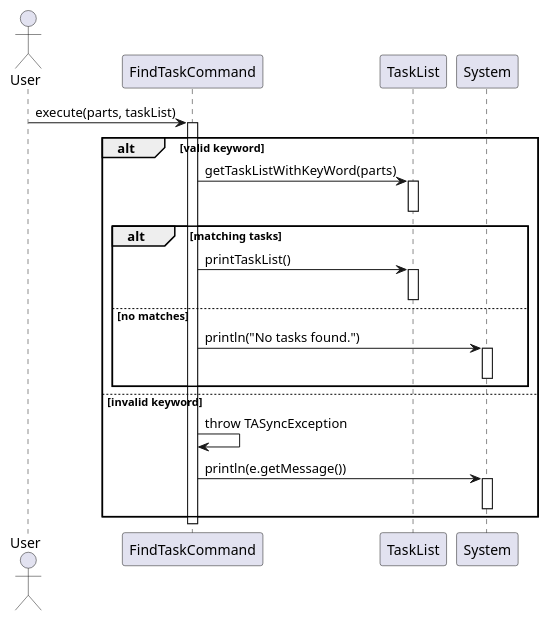
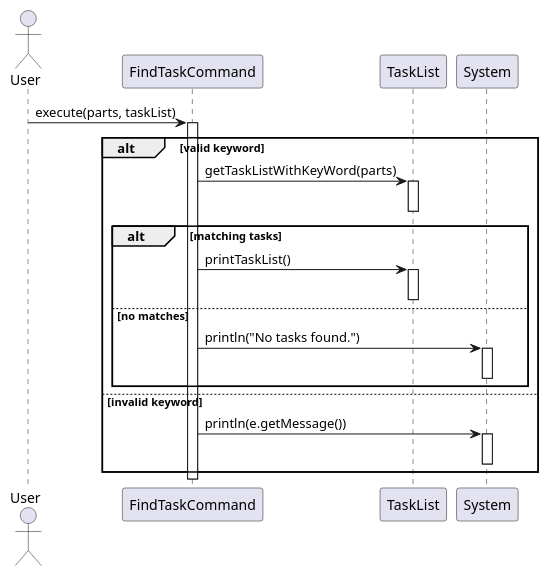
Before and after one commit to wongyihao02/tp: the diagram in docs/diagrams/tasklistcommands/FindTaskCommandSequenceDiagram.puml, drawn with PlantUML. The commit also changed 17 other files, not shown here.

Commit message:
Edit errors in task commands sequence diagrams

```diff
--- a/docs/diagrams/tasklistcommands/FindTaskCommandSequenceDiagram.puml
+++ b/docs/diagrams/tasklistcommands/FindTaskCommandSequenceDiagram.puml
@@ -1,35 +1,34 @@
 @startuml
 'https://plantuml.com/sequence-diagram
 
 actor User
 
 participant "FindTaskCommand" as FindCmd
 participant "TaskList" as TaskList
 participant "System" as Console
 
 User -> FindCmd : execute(parts, taskList)
 activate FindCmd
 
 alt valid keyword
     FindCmd -> TaskList : getTaskListWithKeyWord(parts)
     activate TaskList
     deactivate TaskList
 
     alt matching tasks
         FindCmd -> TaskList : printTaskList()
         activate TaskList
         deactivate TaskList
     else no matches
         FindCmd -> Console : println("No tasks found.")
         activate Console
         deactivate Console
     end
 else invalid keyword
-    FindCmd -> FindCmd : throw TASyncException
     FindCmd -> Console : println(e.getMessage())
     activate Console
     deactivate Console
 end
 
 deactivate FindCmd
 @enduml
```
